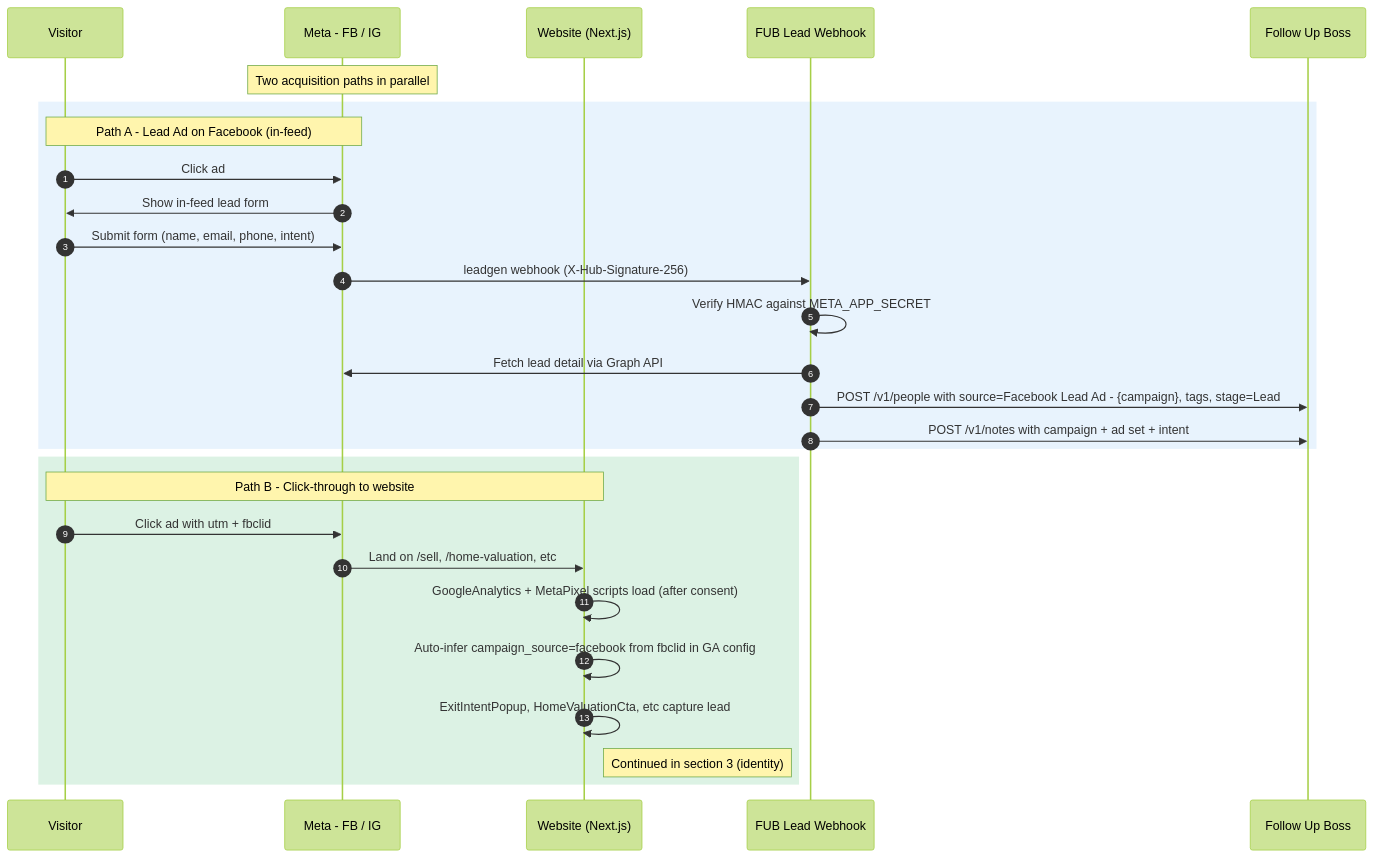
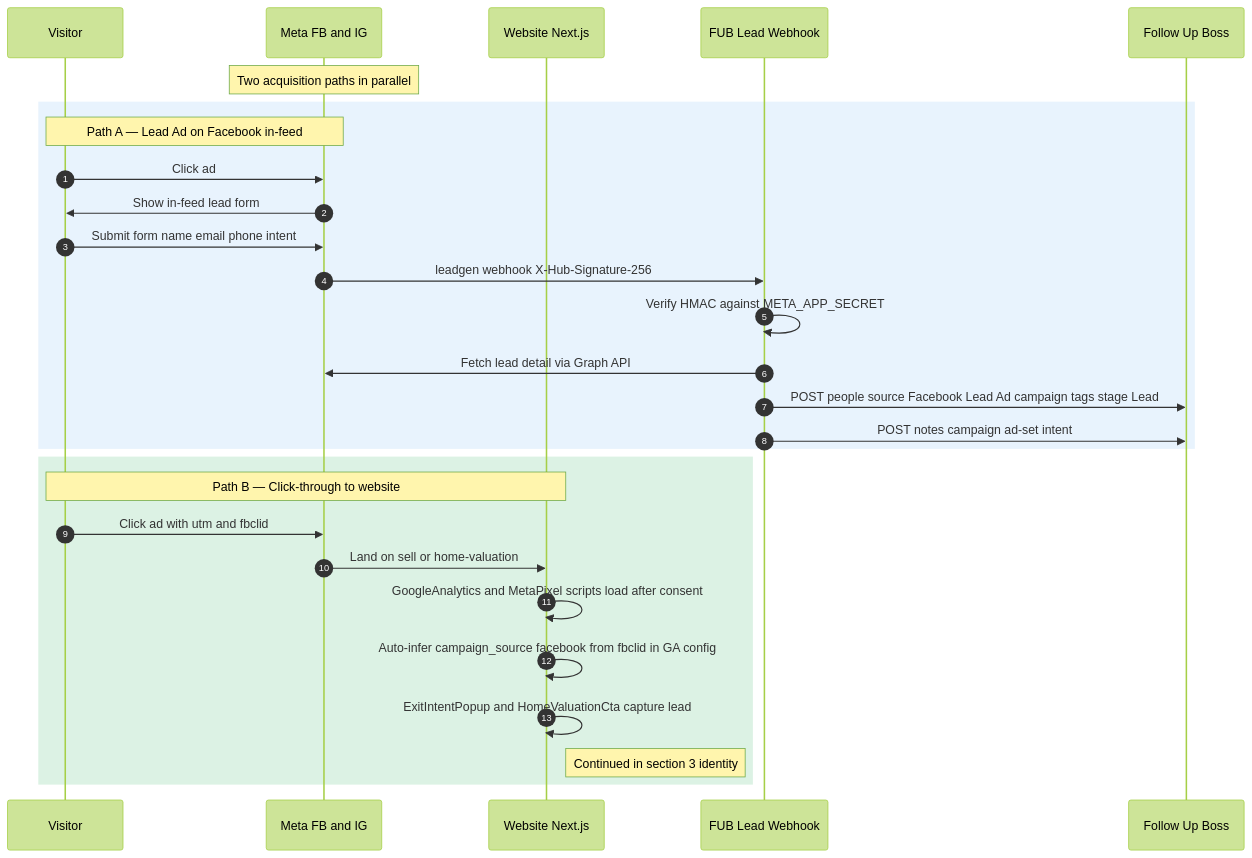
One commit to RyanRealty/RyanRealty changed the second of 9 diagrams in docs/FACEBOOK_SELLER_GROWTH_PIPELINE.md. Above: the diagram before and after it, drawn with Mermaid (forest theme). The commit also changed other lines of this file and 2 other files, not shown here.

First line of the commit message:
fix(docs): rewrite pipeline doc mermaid blocks for mermaid 11 strict parser

````diff
--- a/docs/FACEBOOK_SELLER_GROWTH_PIPELINE.md
+++ b/docs/FACEBOOK_SELLER_GROWTH_PIPELINE.md
@@ -119,33 +119,33 @@
 ```mermaid
 sequenceDiagram
     autonumber
     participant U as Visitor
-    participant M as Meta - FB / IG
-    participant W as Website (Next.js)
+    participant M as Meta FB and IG
+    participant W as Website Next.js
     participant FB as FUB Lead Webhook
     participant FUB as Follow Up Boss
 
     Note over M: Two acquisition paths in parallel
 
     rect rgb(232,243,253)
-        Note over U,M: Path A - Lead Ad on Facebook (in-feed)
+        Note over U,M: Path A — Lead Ad on Facebook in-feed
         U->>M: Click ad
         M->>U: Show in-feed lead form
-        U->>M: Submit form (name, email, phone, intent)
-        M->>FB: leadgen webhook (X-Hub-Signature-256)
+        U->>M: Submit form name email phone intent
+        M->>FB: leadgen webhook X-Hub-Signature-256
         FB->>FB: Verify HMAC against META_APP_SECRET
         FB->>M: Fetch lead detail via Graph API
-        FB->>FUB: POST /v1/people with source=Facebook Lead Ad - {campaign}, tags, stage=Lead
-        FB->>FUB: POST /v1/notes with campaign + ad set + intent
+        FB->>FUB: POST people source Facebook Lead Ad campaign tags stage Lead
+        FB->>FUB: POST notes campaign ad-set intent
     end
 
     rect rgb(220,242,228)
-        Note over U,W: Path B - Click-through to website
-        U->>M: Click ad with utm + fbclid
-        M->>W: Land on /sell, /home-valuation, etc
-        W->>W: GoogleAnalytics + MetaPixel scripts load (after consent)
-        W->>W: Auto-infer campaign_source=facebook from fbclid in GA config
-        W->>W: ExitIntentPopup, HomeValuationCta, etc capture lead
-        Note right of W: Continued in section 3 (identity)
+        Note over U,W: Path B — Click-through to website
+        U->>M: Click ad with utm and fbclid
+        M->>W: Land on sell or home-valuation
+        W->>W: GoogleAnalytics and MetaPixel scripts load after consent
+        W->>W: Auto-infer campaign_source facebook from fbclid in GA config
+        W->>W: ExitIntentPopup and HomeValuationCta capture lead
+        Note right of W: Continued in section 3 identity
     end
 ```
````
